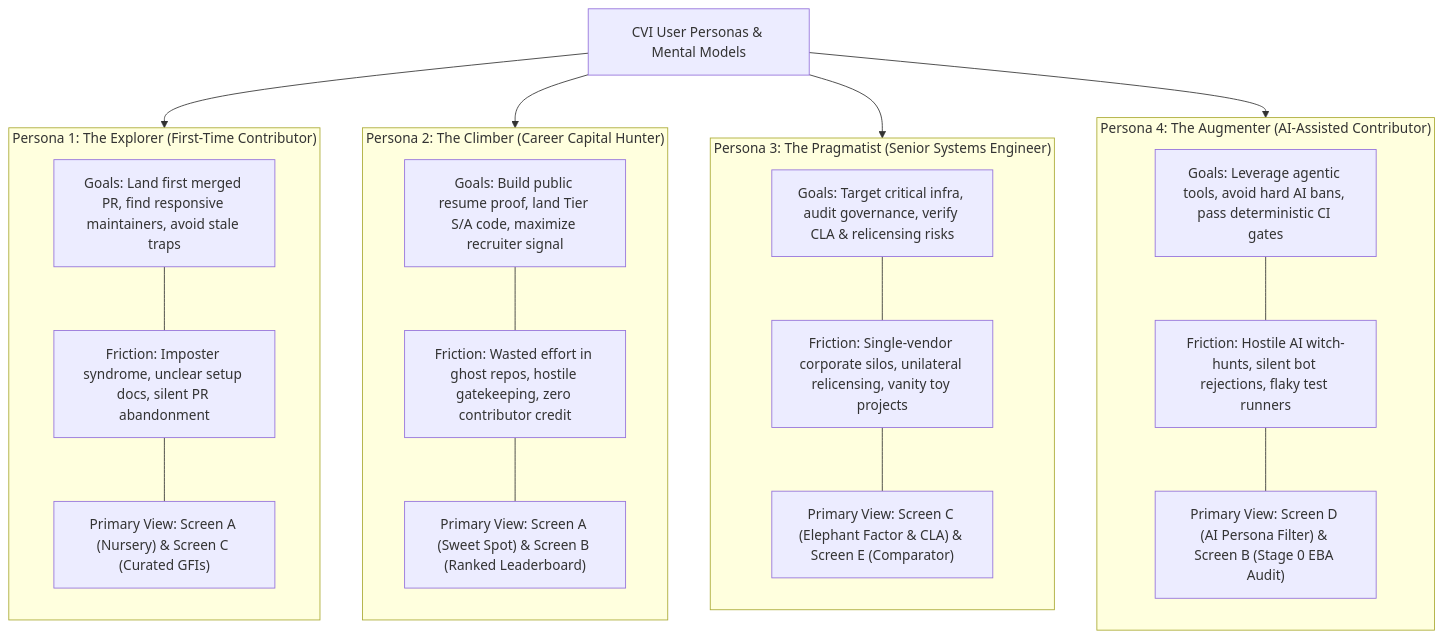
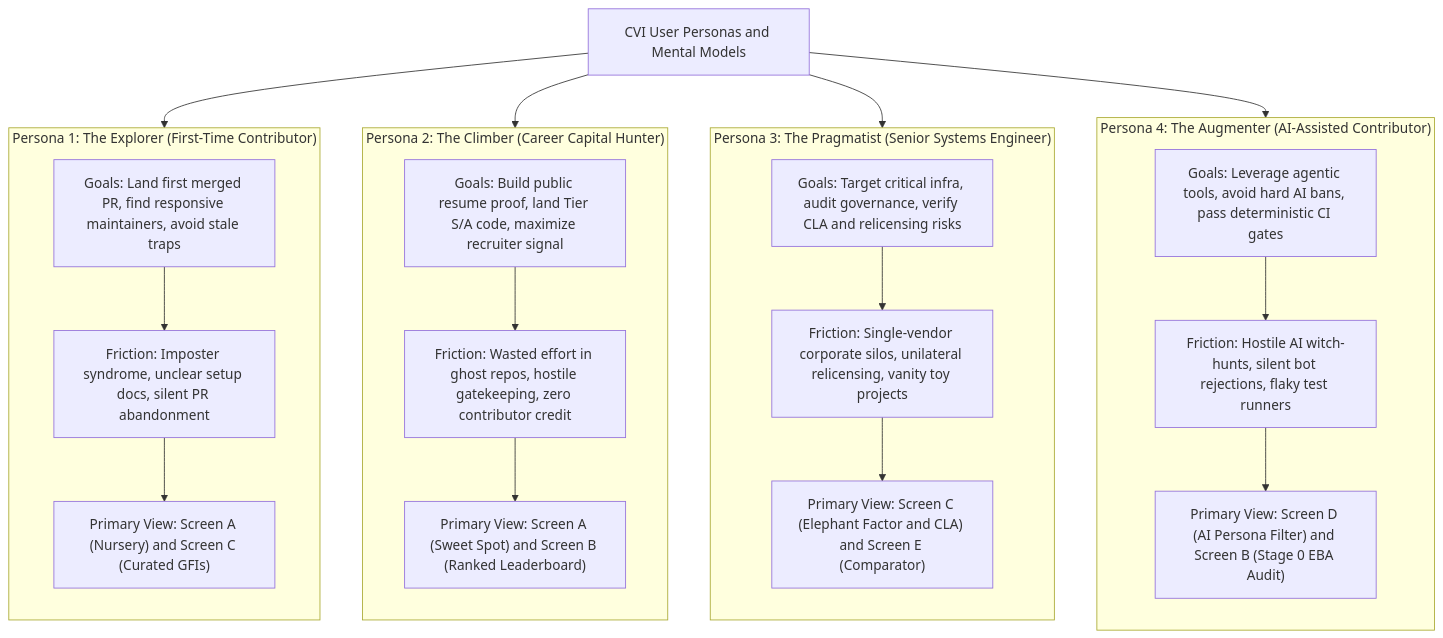
One commit to pctablet505/porchlamp-engine changed the first of 10 diagrams in docs/UI_UX_SPECIFICATION.md. Above: the diagram before and after it, drawn with Mermaid. The commit also changed other lines of this file and 3 other files, not shown here.

Commit message:
docs: resolve all GFM, KaTeX, and Mermaid rendering issues across architecture and UI specs

````diff
--- a/docs/UI_UX_SPECIFICATION.md
+++ b/docs/UI_UX_SPECIFICATION.md
@@ -23,41 +23,41 @@
 ```mermaid
 flowchart TD
-    Root["CVI User Personas & Mental Models"]
+    Root["CVI User Personas and Mental Models"]
 
     subgraph P1 ["Persona 1: The Explorer (First-Time Contributor)"]
         direction TB
         P1_Goals["Goals: Land first merged PR, find responsive maintainers, avoid stale traps"]
         P1_Friction["Friction: Imposter syndrome, unclear setup docs, silent PR abandonment"]
-        P1_Screen["Primary View: Screen A (Nursery) & Screen C (Curated GFIs)"]
-        P1_Goals --- P1_Friction --- P1_Screen
+        P1_Screen["Primary View: Screen A (Nursery) and Screen C (Curated GFIs)"]
+        P1_Goals --> P1_Friction --> P1_Screen
     end
 
     subgraph P2 ["Persona 2: The Climber (Career Capital Hunter)"]
         direction TB
         P2_Goals["Goals: Build public resume proof, land Tier S/A code, maximize recruiter signal"]
         P2_Friction["Friction: Wasted effort in ghost repos, hostile gatekeeping, zero contributor credit"]
-        P2_Screen["Primary View: Screen A (Sweet Spot) & Screen B (Ranked Leaderboard)"]
-        P2_Goals --- P2_Friction --- P2_Screen
+        P2_Screen["Primary View: Screen A (Sweet Spot) and Screen B (Ranked Leaderboard)"]
+        P2_Goals --> P2_Friction --> P2_Screen
     end
 
     subgraph P3 ["Persona 3: The Pragmatist (Senior Systems Engineer)"]
         direction TB
-        P3_Goals["Goals: Target critical infra, audit governance, verify CLA & relicensing risks"]
+        P3_Goals["Goals: Target critical infra, audit governance, verify CLA and relicensing risks"]
         P3_Friction["Friction: Single-vendor corporate silos, unilateral relicensing, vanity toy projects"]
-        P3_Screen["Primary View: Screen C (Elephant Factor & CLA) & Screen E (Comparator)"]
-        P3_Goals --- P3_Friction --- P3_Screen
+        P3_Screen["Primary View: Screen C (Elephant Factor and CLA) and Screen E (Comparator)"]
+        P3_Goals --> P3_Friction --> P3_Screen
     end
 
     subgraph P4 ["Persona 4: The Augmenter (AI-Assisted Contributor)"]
         direction TB
         P4_Goals["Goals: Leverage agentic tools, avoid hard AI bans, pass deterministic CI gates"]
         P4_Friction["Friction: Hostile AI witch-hunts, silent bot rejections, flaky test runners"]
-        P4_Screen["Primary View: Screen D (AI Persona Filter) & Screen B (Stage 0 EBA Audit)"]
-        P4_Goals --- P4_Friction --- P4_Screen
+        P4_Screen["Primary View: Screen D (AI Persona Filter) and Screen B (Stage 0 EBA Audit)"]
+        P4_Goals --> P4_Friction --> P4_Screen
     end
 
     Root --> P1
     Root --> P2
     Root --> P3
     Root --> P4
 ```
````
